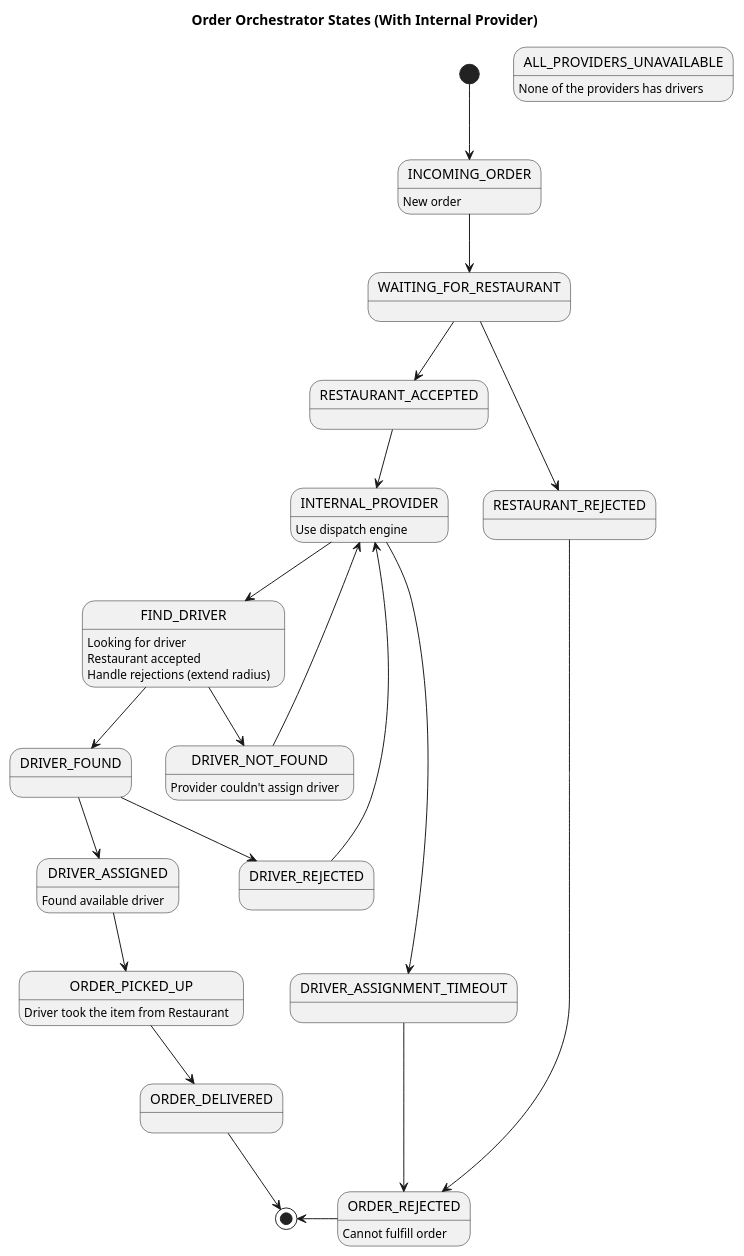
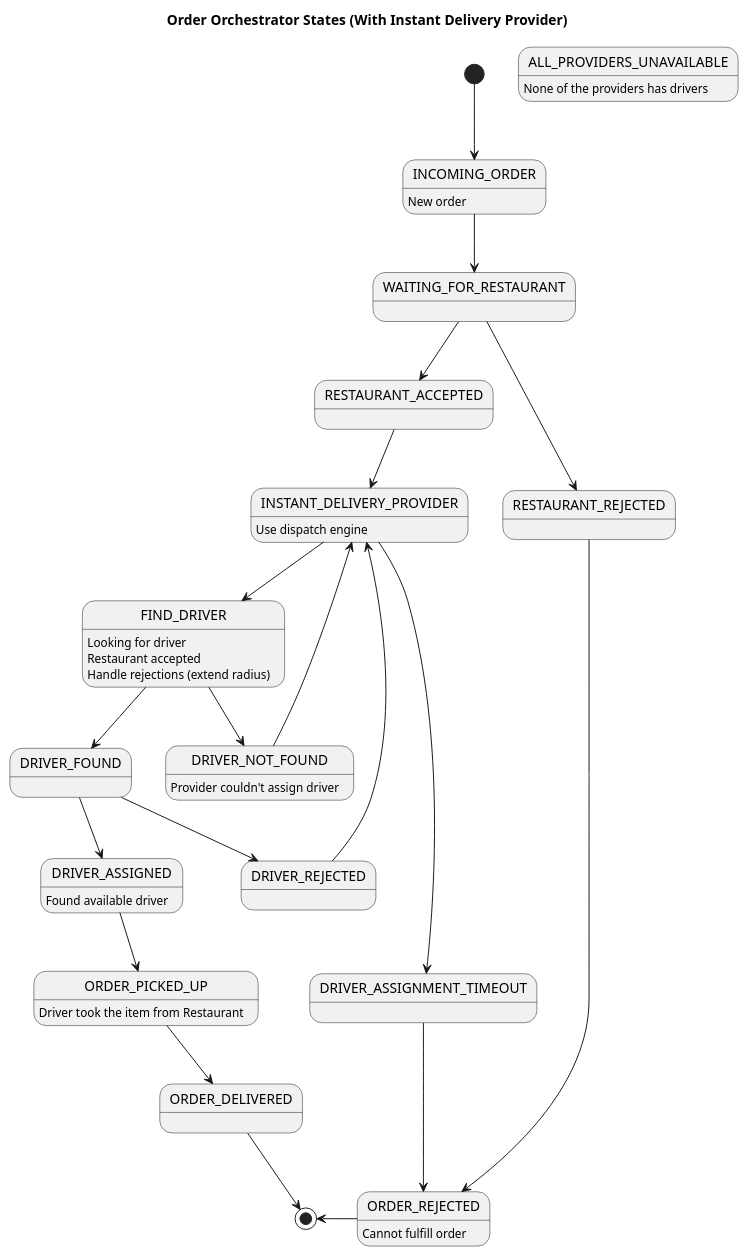
The diagram in docs/diagrams/src/states/order-internal.plantuml (aws-samples/aws-last-mile-delivery-hyperlocal), drawn with PlantUML before and after one commit. The commit also changed 135 other files, not shown here.

Commit message:
refactor(internal-provider): rename internal provider into instant delivery

```diff
--- a/docs/diagrams/src/states/order-internal.plantuml
+++ b/docs/diagrams/src/states/order-internal.plantuml
@@ -1,65 +1,65 @@
-@startuml order-orchestrator-states-internal-provider
+@startuml order-orchestrator-states-instant-delivery-provider
 
 skinparam monochrome true
-title Order Orchestrator States (With Internal Provider)
+title Order Orchestrator States (With Instant Delivery Provider)
 
 [*] --> INCOMING_ORDER
 INCOMING_ORDER: New order
 
 INCOMING_ORDER --> WAITING_FOR_RESTAURANT
 WAITING_FOR_RESTAURANT --> RESTAURANT_ACCEPTED
 WAITING_FOR_RESTAURANT --> RESTAURANT_REJECTED
 
 RESTAURANT_REJECTED --> ORDER_REJECTED
 ORDER_REJECTED: Cannot fulfill order
 ORDER_REJECTED -LEFT-> [*]
 
-RESTAURANT_ACCEPTED --> INTERNAL_PROVIDER
-INTERNAL_PROVIDER --> FIND_DRIVER
+RESTAURANT_ACCEPTED --> INSTANT_DELIVERY_PROVIDER
+INSTANT_DELIVERY_PROVIDER --> FIND_DRIVER
 
 ' fail
-INTERNAL_PROVIDER --> DRIVER_ASSIGNMENT_TIMEOUT
+INSTANT_DELIVERY_PROVIDER --> DRIVER_ASSIGNMENT_TIMEOUT
 DRIVER_ASSIGNMENT_TIMEOUT --> ORDER_REJECTED
 
 FIND_DRIVER --> DRIVER_FOUND
 DRIVER_FOUND --> DRIVER_ASSIGNED
 DRIVER_FOUND --> DRIVER_REJECTED
-DRIVER_REJECTED --> INTERNAL_PROVIDER
+DRIVER_REJECTED --> INSTANT_DELIVERY_PROVIDER
 
 FIND_DRIVER --> DRIVER_NOT_FOUND
-DRIVER_NOT_FOUND --> INTERNAL_PROVIDER
+DRIVER_NOT_FOUND --> INSTANT_DELIVERY_PROVIDER
 
 DRIVER_ASSIGNED --> ORDER_PICKED_UP
 ORDER_PICKED_UP --> ORDER_DELIVERED
 
 ORDER_DELIVERED --> [*]
 
 
 state FIND_DRIVER {
     FIND_DRIVER: Looking for driver
     FIND_DRIVER: Restaurant accepted
     FIND_DRIVER: Handle rejections (extend radius)
 }
 
 state DRIVER_NOT_FOUND {
     DRIVER_NOT_FOUND: Provider couldn't assign driver
 }
 
 state DRIVER_ASSIGNED {
     DRIVER_ASSIGNED: Found available driver
 }
 
 state ORDER_PICKED_UP {
     ORDER_PICKED_UP: Driver took the item from Restaurant
 }
 
-state INTERNAL_PROVIDER {
-    INTERNAL_PROVIDER: Use dispatch engine
+state INSTANT_DELIVERY_PROVIDER {
+    INSTANT_DELIVERY_PROVIDER: Use dispatch engine
 }
 
 state ALL_PROVIDERS_UNAVAILABLE {
     ALL_PROVIDERS_UNAVAILABLE: None of the providers has drivers
 }
 
 
 @enduml
```
